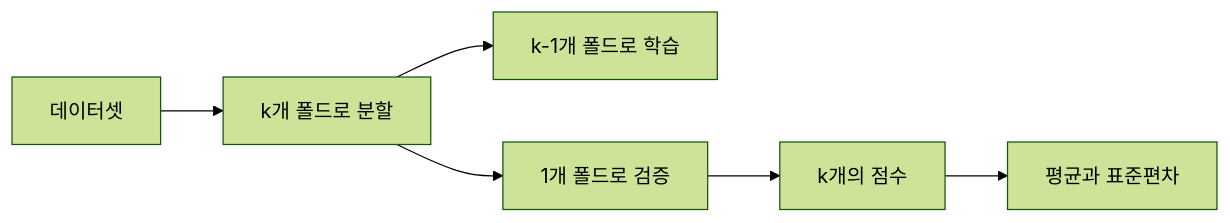
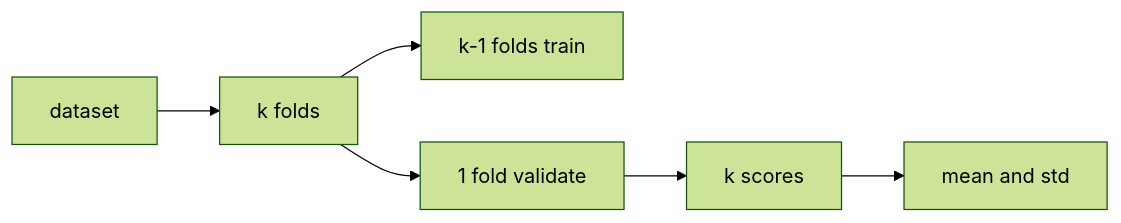
Before and after one commit to yeongseon-books/book-content: the diagram in content/model-evaluation-101/ko/08-cross-validation.md, drawn with Mermaid (forest theme). The commit also changed other lines of this file and 9 other files, not shown here.

````diff
--- a/content/model-evaluation-101/ko/08-cross-validation.md
+++ b/content/model-evaluation-101/ko/08-cross-validation.md
@@ -55,8 +51,8 @@
 ```mermaid
 flowchart LR
-    Data["데이터셋"] --> Split["k개 폴드로 분할"]
-    Split --> Train["k-1개 폴드로 학습"]
-    Split --> Val["1개 폴드로 검증"]
-    Val --> Score["k개의 점수"]
-    Score --> Stat["평균과 표준편차"]
+    Data["dataset"] --> Split["k folds"]
+    Split --> Train["k-1 folds train"]
+    Split --> Val["1 fold validate"]
+    Val --> Score["k scores"]
+    Score --> Stat["mean and std"]
 ```
````
